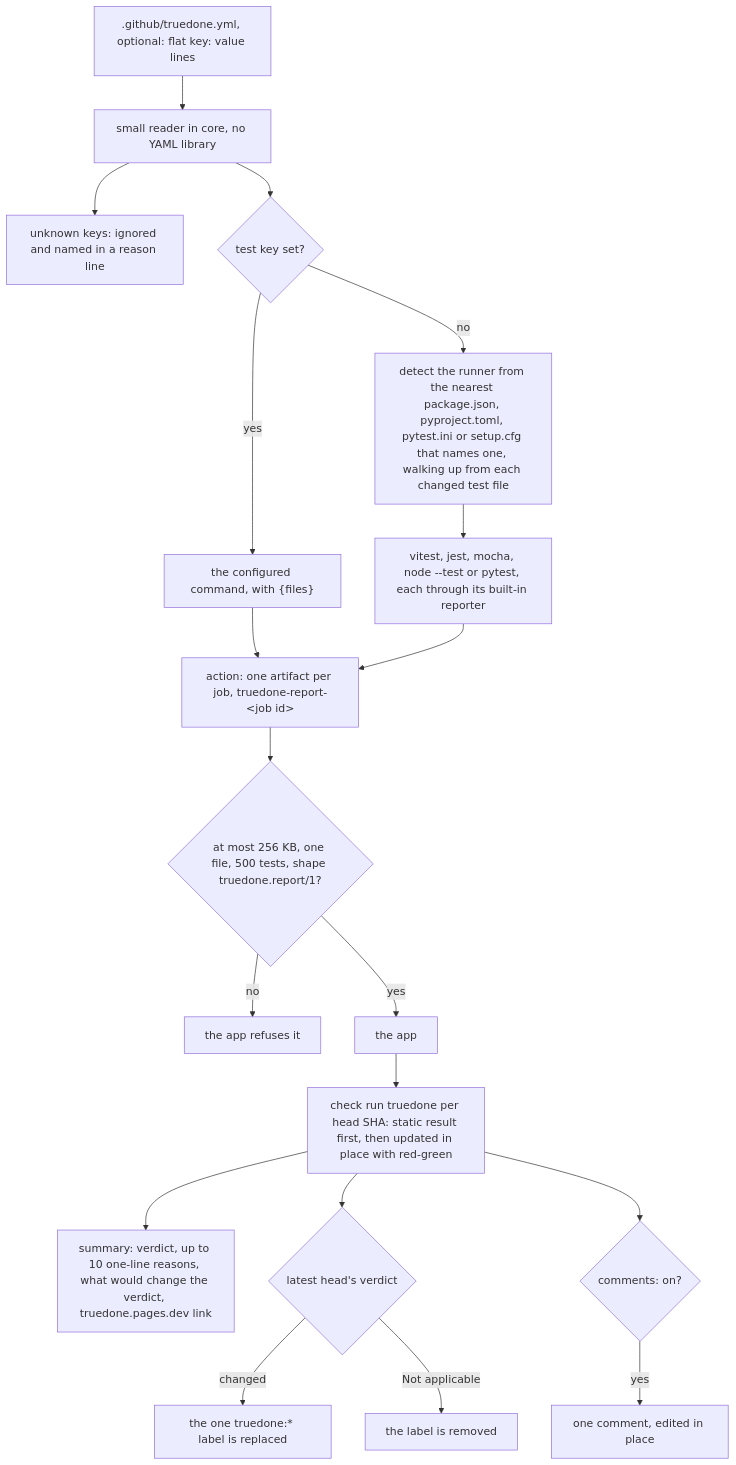
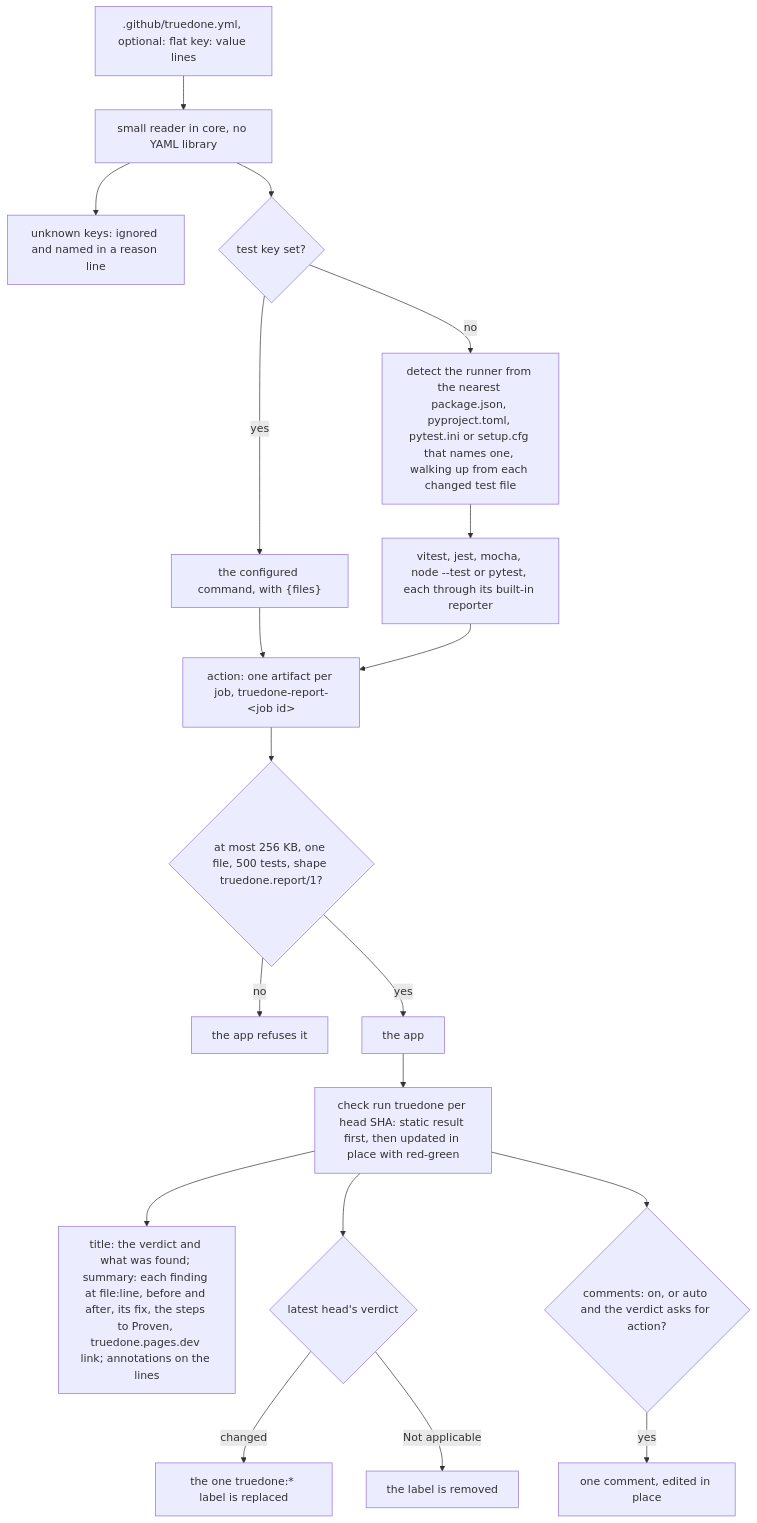
The first of 2 diagrams in docs/design/03-report-configuration-labels-and-limits.md (Truedone/truedone), drawn with Mermaid before and after one commit. The commit also changed other lines of this file and 1 other file, not shown here.

````diff
--- a/docs/design/03-report-configuration-labels-and-limits.md
+++ b/docs/design/03-report-configuration-labels-and-limits.md
@@ -17,21 +17,21 @@
 ```mermaid
 flowchart TD
   CFG[".github/truedone.yml, optional: flat key: value lines"] --> RD["small reader in core, no YAML library"]
   RD --> UK["unknown keys: ignored and named in a reason line"]
   RD --> TK{"test key set?"}
   TK -->|yes| CMD["the configured command, with {files}"]
   TK -->|no| DET["detect the runner from the nearest package.json, pyproject.toml, pytest.ini or setup.cfg that names one, walking up from each changed test file"]
   DET --> RUN["vitest, jest, mocha, node --test or pytest, each through its built-in reporter"]
   CMD --> ART
   RUN --> ART["action: one artifact per job, truedone-report-#lt;job id#gt;"]
   ART --> OK{"at most 256 KB, one file, 500 tests, shape truedone.report/1?"}
   OK -->|no| REF["the app refuses it"]
   OK -->|yes| APP["the app"]
   APP --> CR["check run truedone per head SHA: static result first, then updated in place with red-green"]
-  CR --> SUM["summary: verdict, up to 10 one-line reasons, what would change the verdict, truedone.pages.dev link"]
+  CR --> SUM["title: the verdict and what was found; summary: each finding at file:line, before and after, its fix, the steps to Proven, truedone.pages.dev link; annotations on the lines"]
   CR --> LB{"latest head's verdict"}
   LB -->|changed| REPL["the one truedone:* label is replaced"]
   LB -->|Not applicable| RM["the label is removed"]
-  CR --> CM{"comments: on?"}
+  CR --> CM{"comments: on, or auto and the verdict asks for action?"}
   CM -->|yes| ONE["one comment, edited in place"]
 ```
````
